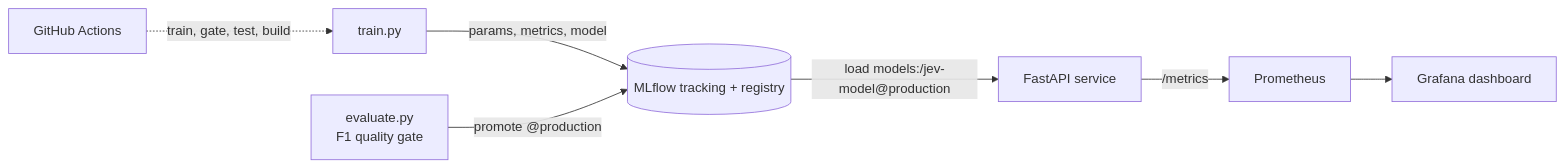
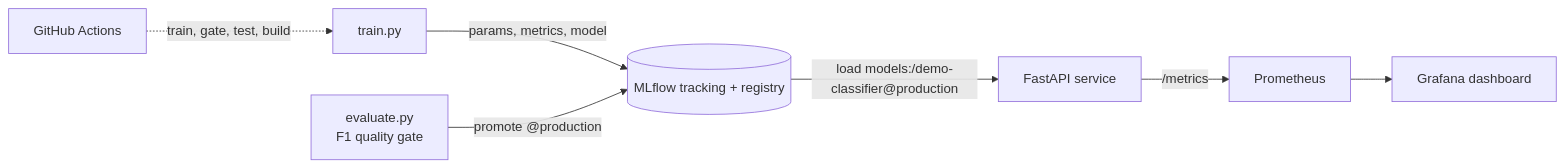
Before and after one commit to Upshivam786/aiops-ml-pipeline: the diagram in README.md, drawn with Mermaid. The commit also changed other lines of this file and 10 other files, not shown here.

````diff
--- a/README.md
+++ b/README.md
@@ -12,9 +12,9 @@
 ```mermaid
 flowchart LR
     T[train.py] -->|params, metrics, model| M[(MLflow tracking + registry)]
     E[evaluate.py<br/>F1 quality gate] -->|promote @production| M
-    M -->|load models:/jev-model@production| A[FastAPI service]
+    M -->|load models:/demo-classifier@production| A[FastAPI service]
     A -->|/metrics| P[Prometheus]
     P --> G[Grafana dashboard]
     CI[GitHub Actions] -.->|train, gate, test, build| T
 ```
````
